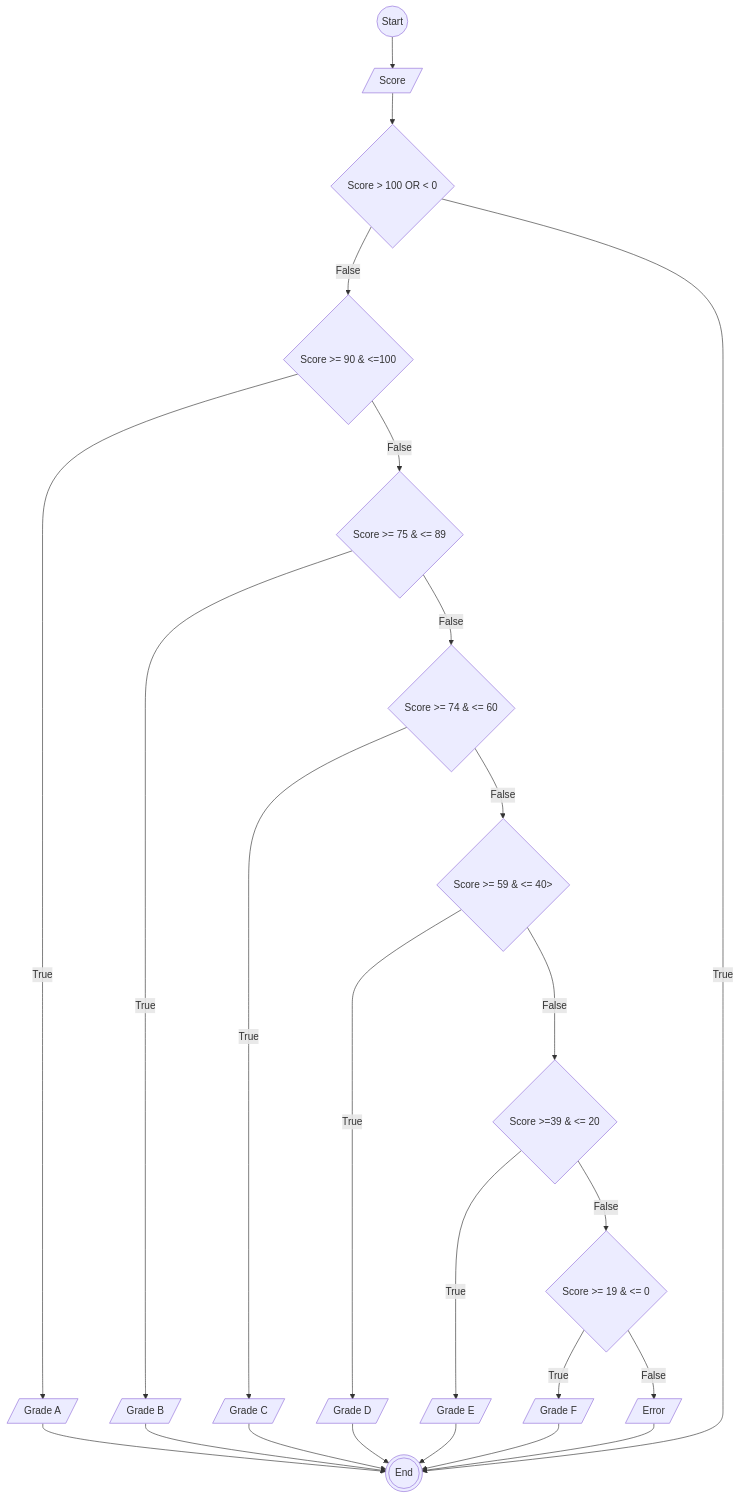
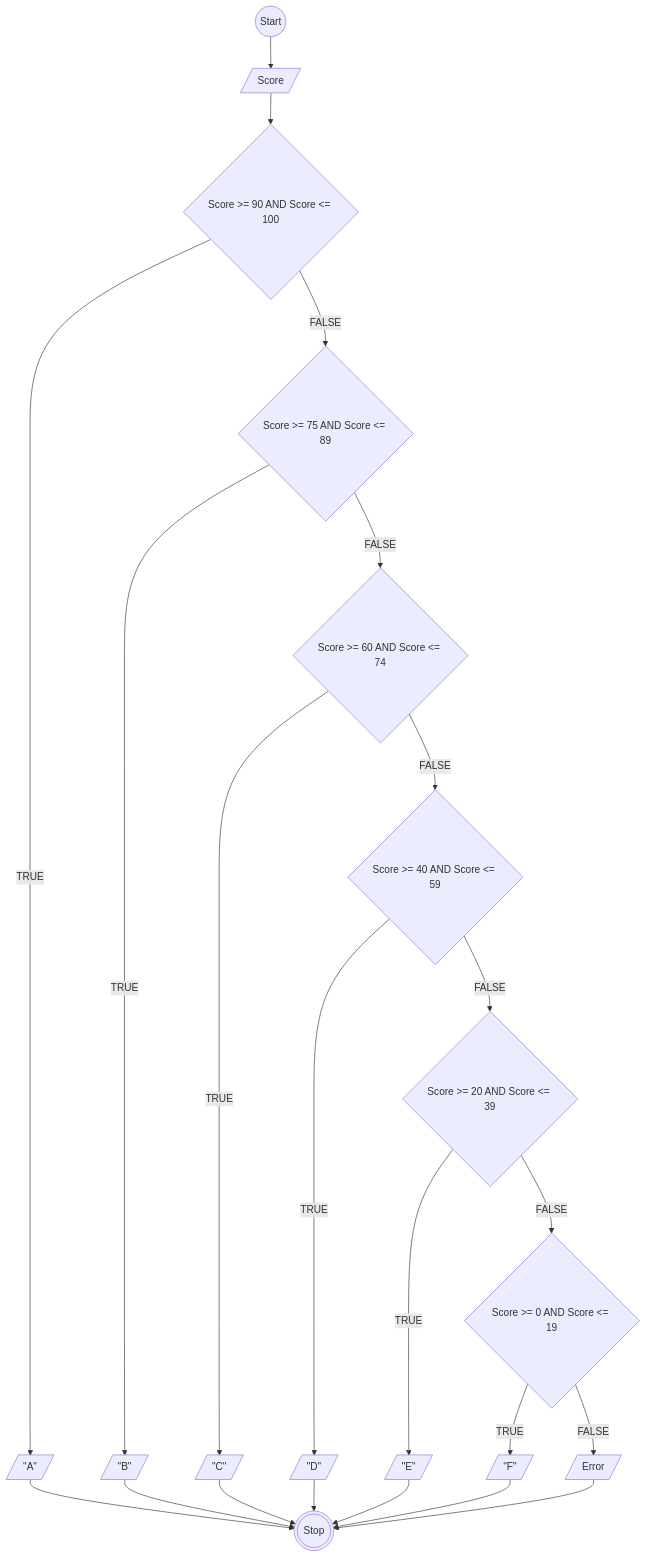
Before and after one commit to MohamadDimasPrayoga1010/koda-b4-algoritma: the diagram in minitask9.md, drawn with Mermaid. The commit also changed other lines of this file, not shown here.

````diff
--- a/minitask9.md
+++ b/minitask9.md
@@ -3,24 +3,55 @@
 ```mermaid
-
 flowchart TD
 
-Start((Start))--> Grade[/Score/] -->Err{Score > 100 OR < 0} -- False -->Score{Score >= 90 <=100} -- True -->A[/Grade A/] -->End(((End)))
-
-Err{Score > 100 OR < 0} -- True -->End(((End)))
+START@{shape: circ, label: "Start"}
+STOP@{shape: dbl-circ, label: "Stop"}
 
 
-Score{Score >= 90 & <=100} -- False -->ScoreB{Score >= 75 & <= 89} -- True -->B[/Grade B/] -->End(((End)))
+SCR@{shape: lean-r, label: "Score"}
 
-ScoreC{Score >= 74 & <= 60} -- True -->C[/Grade C/] -->End(((End)))
+GRADEA@{shape: lean-r, label: '"A"'}
+GRADEB@{shape: lean-r, label: '"B"'}
+GRADEC@{shape: lean-r, label: '"C"'}
+GRADED@{shape: lean-r, label: '"D"'}
+GRADEE@{shape: lean-r, label: '"E"'}
+GRADEF@{shape: lean-r, label: '"F"'}
 
-ScoreB{Score >= 75 & <= 89} -- False -->ScoreC{Score >= 74 & <= 60} -- False -->ScoreD{Score >= 59 <= 40>} -- True --->D[/Grade D/] -->End(((End)))
+ERR@{shape: lean-r, label: Error}
 
 
-ScoreD{Score >= 59 & <= 40>} -- False --->ScoreE{Score >=39 <= 20} -- True -->E[/Grade E/] -->End(((End)))
+
+CONDA@{shape: diam, label: Score >= 90 AND Score <= 100}
+CONDB@{shape: diam, label: Score >= 75 AND Score <= 89}
+CONDC@{shape: diam, label: Score >= 60 AND Score <= 74 }
+CONDD@{shape: diam, label: Score >= 40 AND Score <= 59}
+CONDE@{shape: diam, label: Score >= 20 AND Score <= 39}
+CONDF@{shape: diam, label: Score >= 0 AND Score <= 19}
+
+START-->SCR
+
+SCR-->CONDA
+
+CONDA--TRUE-->GRADEA
+CONDA--FALSE-->CONDB
+CONDB--TRUE-->GRADEB
+CONDB--FALSE-->CONDC
+CONDC--TRUE-->GRADEC
+CONDC--FALSE-->CONDD
+CONDD--TRUE-->GRADED
+CONDD--FALSE-->CONDE
+CONDE--TRUE-->GRADEE
+CONDE--FALSE-->CONDF
+CONDF--TRUE-->GRADEF
+CONDF--FALSE-->ERR
+
+ERR-->STOP
+GRADEA-->STOP
+GRADEB-->STOP
+GRADEC-->STOP
+GRADED-->STOP
+GRADEE-->STOP
+GRADEF-->STOP
 
 
-ScoreE{Score >=39 & <= 20} -- False -->ScoreF{Score >= 19 <= 0} -- True -->F[/Grade F/] -->End(((End)))
-
-ScoreF{Score >= 19 & <= 0} -- False -->Error[/Error/] -->End(((End))) 
 
 ```
````
